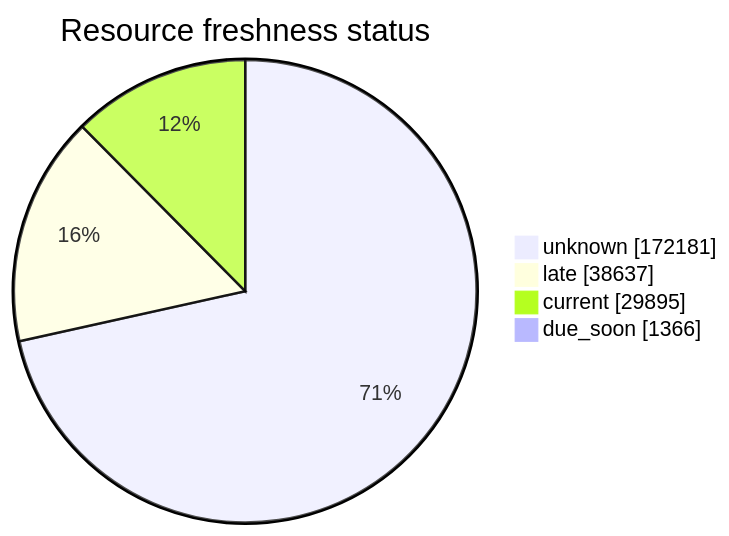
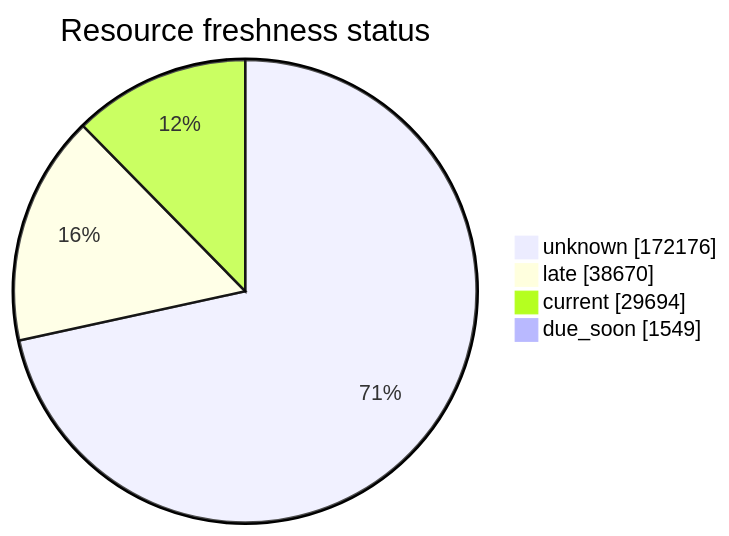
One commit to open-data/analytics-corporate-reporting changed the third of 5 diagrams in FreshCheck/README.md. Above: the diagram before and after it, drawn with Mermaid. The commit also changed other lines of this file and 3 other files, not shown here.

````diff
--- a/FreshCheck/README.md
+++ b/FreshCheck/README.md
@@ -77,7 +77,7 @@
 ```mermaid
 pie showData title Resource freshness status
-    "unknown": 172181
-    "late": 38637
-    "current": 29895
-    "due_soon": 1366
+    "unknown": 172176
+    "late": 38670
+    "current": 29694
+    "due_soon": 1549
 ```
````
